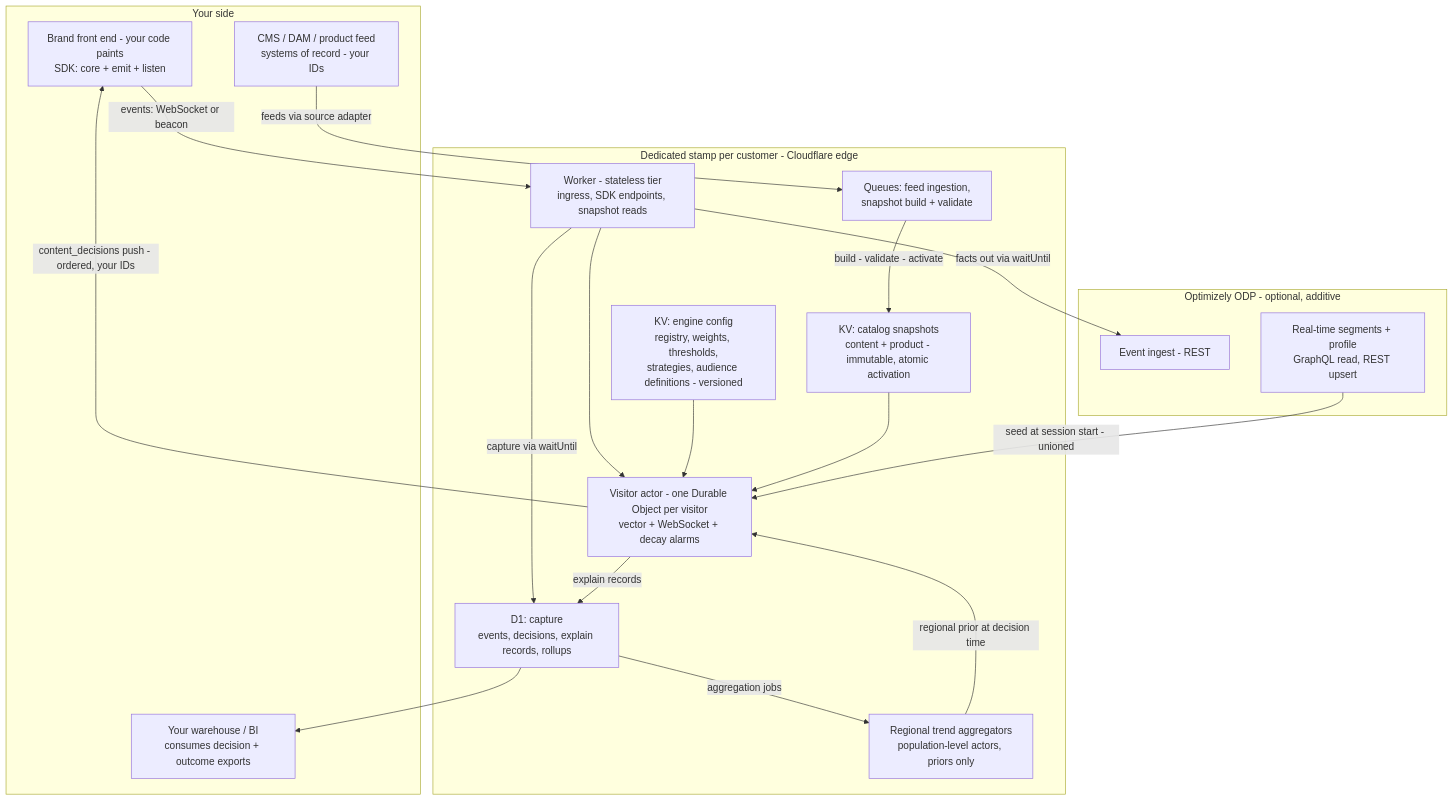
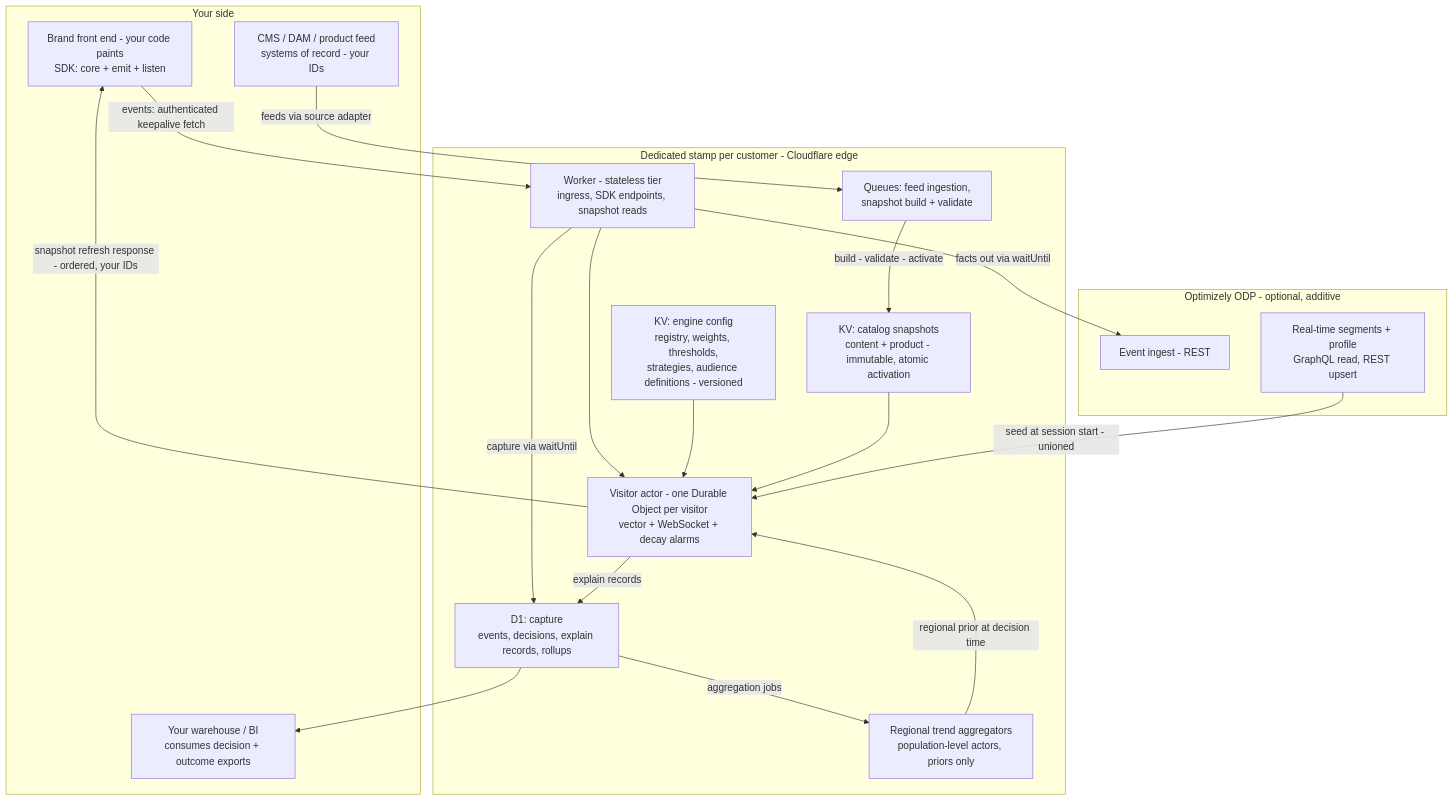
One commit to simone-coelho/__cloudflare_base changed the first of 4 diagrams in docs/Tapestry-BTI-System-Architecture.md. Above: the diagram before and after it, drawn with Mermaid. The commit also changed other lines of this file and 1150 other files, not shown here.

````diff
--- a/docs/Tapestry-BTI-System-Architecture.md
+++ b/docs/Tapestry-BTI-System-Architecture.md
@@ -45,35 +45,35 @@
 ```mermaid
 graph TB
     subgraph YOURS["Your side"]
       FE["Brand front end - your code paints<br/>SDK: core + emit + listen"]
       CMS["CMS / DAM / product feed<br/>systems of record - your IDs"]
       WH["Your warehouse / BI<br/>consumes decision + outcome exports"]
     end
     subgraph STAMP["Dedicated stamp per customer - Cloudflare edge"]
       W["Worker - stateless tier<br/>ingress, SDK endpoints, snapshot reads"]
       DO["Visitor actor - one Durable Object per visitor<br/>vector + WebSocket + decay alarms"]
       KV1["KV: engine config<br/>registry, weights, thresholds,<br/>strategies, audience definitions - versioned"]
       KV2["KV: catalog snapshots<br/>content + product - immutable, atomic activation"]
       D1["D1: capture<br/>events, decisions, explain records, rollups"]
       Q["Queues: feed ingestion,<br/>snapshot build + validate"]
       AGG["Regional trend aggregators<br/>population-level actors, priors only"]
     end
     subgraph ODP["Optimizely ODP - optional, additive"]
       OE["Event ingest - REST"]
       OS["Real-time segments + profile<br/>GraphQL read, REST upsert"]
     end
-    FE -->|"events: WebSocket or beacon"| W
+    FE -->|"events: authenticated keepalive fetch"| W
     W --> DO
     KV1 --> DO
     KV2 --> DO
-    DO -->|"content_decisions push - ordered, your IDs"| FE
+    DO -->|"snapshot refresh response - ordered, your IDs"| FE
     CMS -->|"feeds via source adapter"| Q
     Q -->|"build - validate - activate"| KV2
     W -->|"capture via waitUntil"| D1
     DO -->|"explain records"| D1
     D1 --> WH
     D1 -->|"aggregation jobs"| AGG
     AGG -->|"regional prior at decision time"| DO
     W -->|"facts out via waitUntil"| OE
     OS -->|"seed at session start - unioned"| DO
 ```
````
